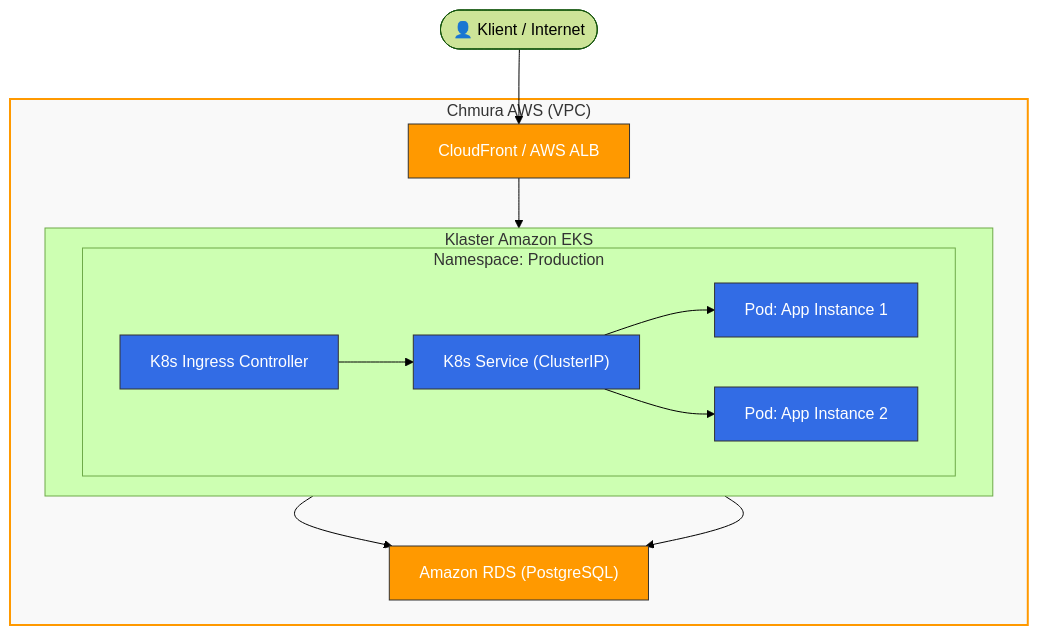
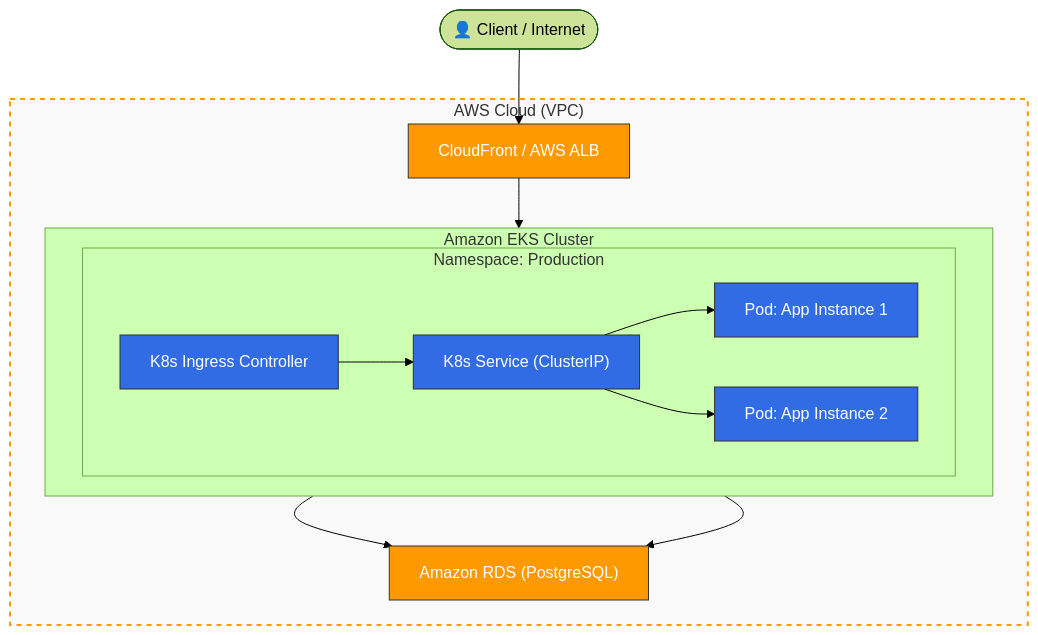
Before and after one commit to PsimonL/Knowledge_Base: the diagram in kubernetes/book~k8s-up_and_running/12_remaining_topics.md, drawn with Mermaid (forest theme). The commit also changed other lines of this file, not shown here.

Commit message:
Remaining topics

````diff
--- a/kubernetes/book~k8s-up_and_running/12_remaining_topics.md
+++ b/kubernetes/book~k8s-up_and_running/12_remaining_topics.md
@@ -8,35 +15,35 @@
 ```mermaid
 graph TD
-    %% Definicja Stylów / Kolorów
+    %% Style Definitions
     classDef aws color:#fff,fill:#FF9900,stroke:#333,stroke-width:1px;
     classDef k8s color:#fff,fill:#326CE5,stroke:#333,stroke-width:1px;
     classDef net color:#222,fill:#E6F2F7,stroke:#0073BB,stroke-width:2px;
 
-    User([👤 Klient / Internet]) --> ALB["CloudFront / AWS ALB"]:::aws
+    User([👤 Client / Internet]) --> ALB["CloudFront / AWS ALB"]:::aws
 
-    subgraph AWS_VPC ["Chmura AWS (VPC)"]
+    subgraph AWS_VPC ["AWS Cloud (VPC)"]
         ALB --> EKS_Cluster
         
-        subgraph EKS_Cluster ["Klaster Amazon EKS"]
+        subgraph EKS_Cluster ["Amazon EKS Cluster"]
             direction LR
             
             subgraph K8s_Ingress ["Namespace: Production"]
                 Ingress["K8s Ingress Controller"]:::k8s
                 Service["K8s Service (ClusterIP)"]:::k8s
                 Pod1["Pod: App Instance 1"]:::k8s
                 Pod2["Pod: App Instance 2"]:::k8s
                 
                 Ingress --> Service
                 Service --> Pod1
                 Service --> Pod2
             end
         end
         
-        %% Powiązanie komponentów z bazą poza klastrem
+        %% External cloud managed database routing
         Pod1 --> RDS["Amazon RDS (PostgreSQL)"]:::aws
         Pod2 --> RDS
     end
 
-    %% Przypisanie klas stylów do kontenerów zewnętrznych
-    style AWS_VPC fill:#f9f9f9,stroke:#FF9900,stroke-width:2px,stroke-dash
+    %% External boundary container styling
+    style AWS_VPC fill:#f9f9f9,stroke:#FF9900,stroke-width:2px,stroke-dasharray: 5 5
 ```
````
